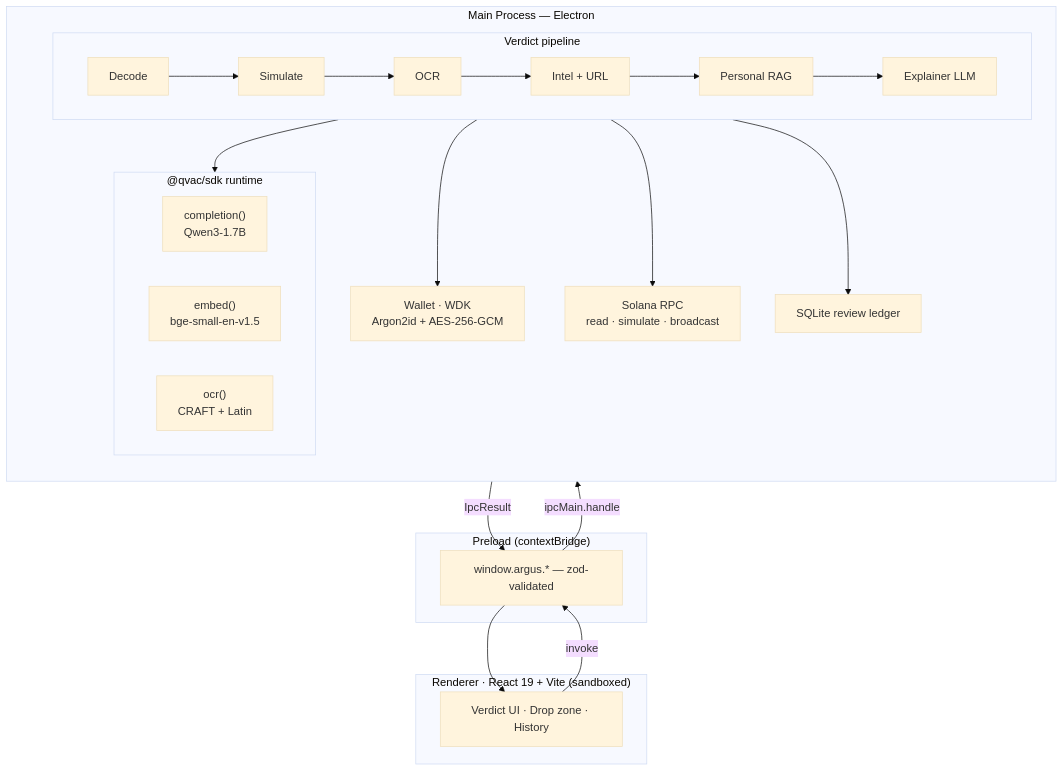
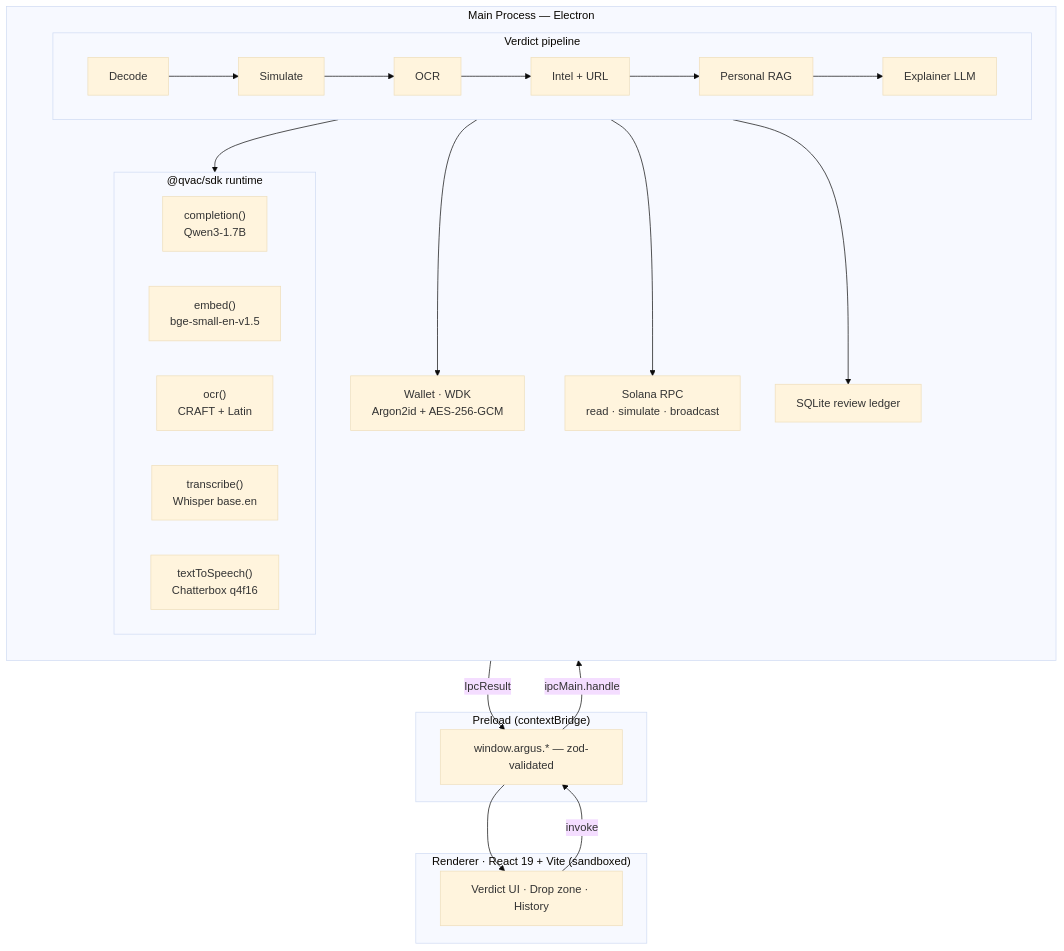
Before and after one commit to Enoch208/Argus: the first of 2 diagrams in README.md, drawn with Mermaid (base theme). The commit also changed other lines of this file and 4 other files, not shown here.

````diff
--- a/README.md
+++ b/README.md
@@ -49,37 +49,39 @@
 ```mermaid
 flowchart TB
     subgraph Renderer["Renderer · React 19 + Vite (sandboxed)"]
         UI["Verdict UI · Drop zone · History"]
     end
 
     subgraph Preload["Preload (contextBridge)"]
         Bridge["window.argus.* — zod-validated"]
     end
 
     subgraph Main["Main Process — Electron"]
         direction TB
 
         Wallet["Wallet · WDK<br/>Argon2id + AES-256-GCM"]
         RPC["Solana RPC<br/>read · simulate · broadcast"]
         Ledger["SQLite review ledger"]
 
         subgraph Pipeline["Verdict pipeline"]
             direction LR
             Decode[Decode] --> Sim[Simulate] --> OCR[OCR] --> Intel[Intel + URL] --> RAG[Personal RAG] --> Explain[Explainer LLM]
         end
 
         subgraph QVAC["@qvac/sdk runtime"]
             LLM["completion()<br/>Qwen3-1.7B"]
             Embed["embed()<br/>bge-small-en-v1.5"]
             QOcr["ocr()<br/>CRAFT + Latin"]
+            STT["transcribe()<br/>Whisper base.en"]
+            TTS["textToSpeech()<br/>Chatterbox q4f16"]
         end
 
         Pipeline --> QVAC
         Pipeline --> Wallet
         Pipeline --> RPC
         Pipeline --> Ledger
     end
 
     UI -->|invoke| Bridge -->|ipcMain.handle| Main
     Main -->|IpcResult| Bridge --> UI
 ```
````
